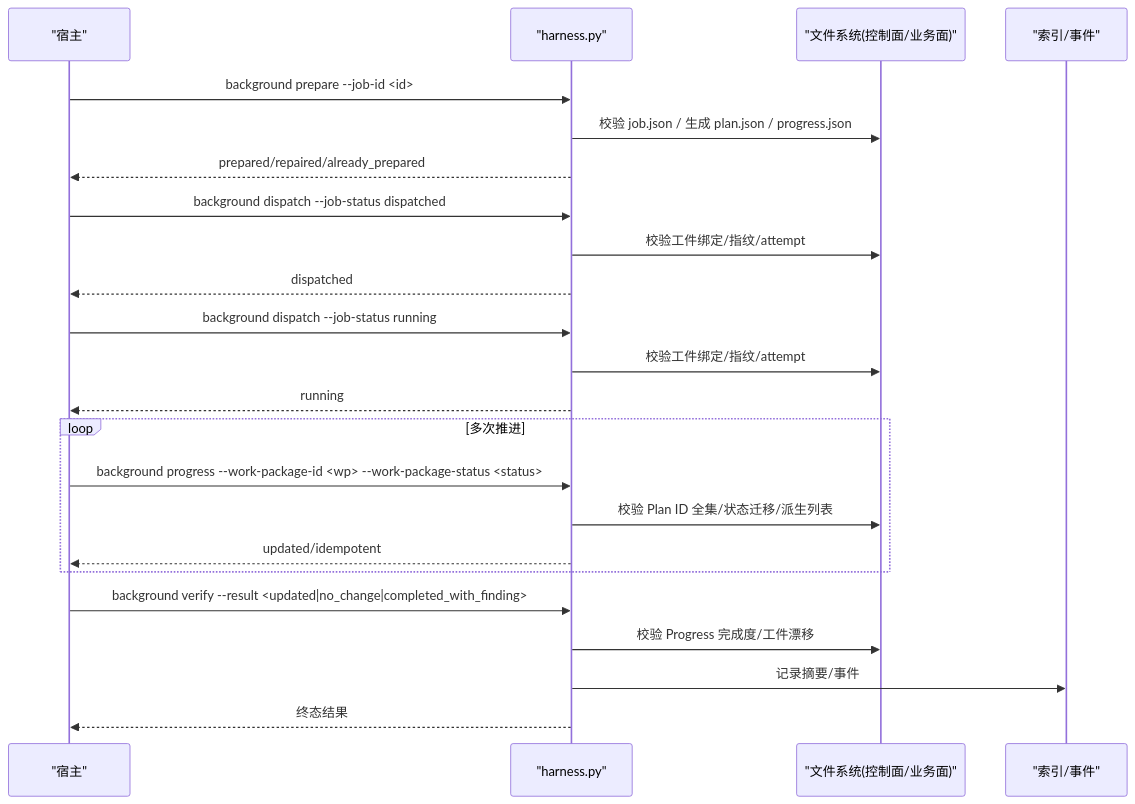
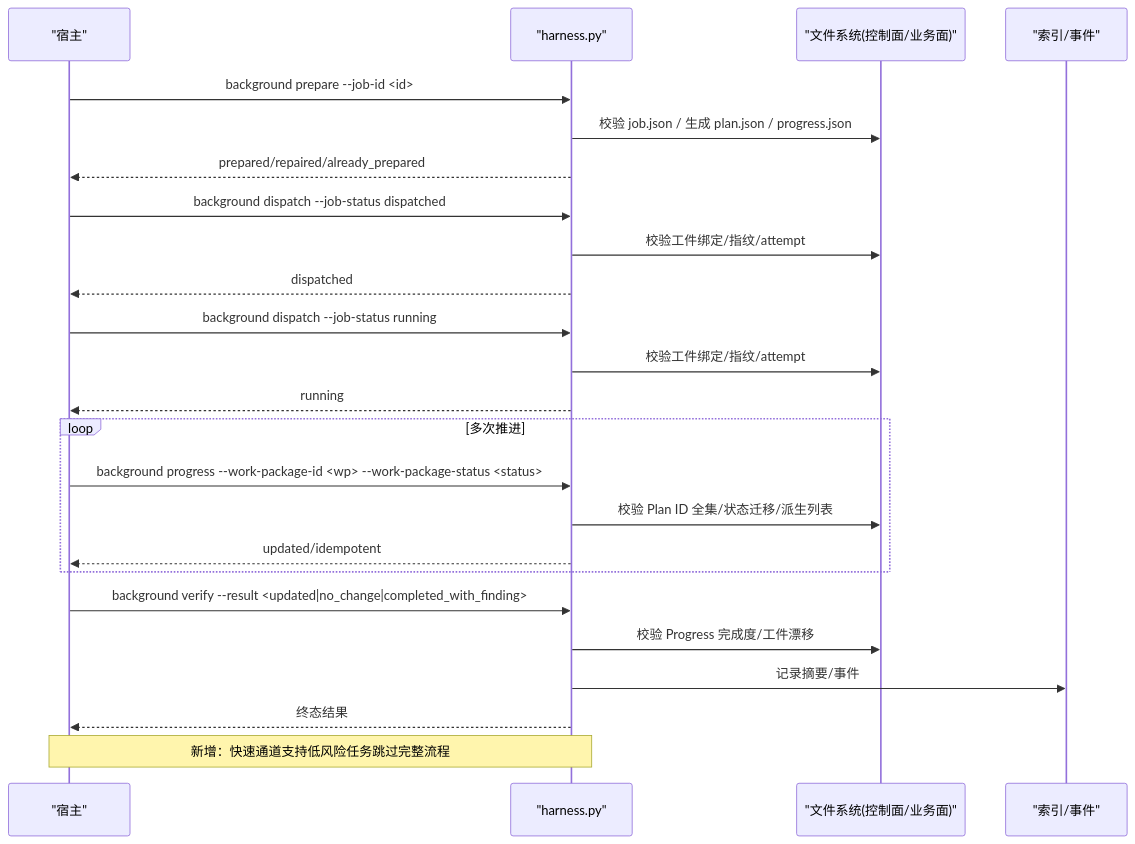
The second of 11 diagrams in .qoder/repowiki/zh/content/核心概念/后台任务模型/后台任务模型.md (HackSing/docs-harness), drawn with Mermaid before and after one commit. The commit also changed other lines of this file and 45 other files, not shown here.

First line of the commit message:
feat(harness): v1.7.6 按变更面选择验证强度、git_commit 受控意图与关键词 Gate 路由移除

````diff
--- a/.qoder/repowiki/zh/content/核心概念/后台任务模型/后台任务模型.md
+++ b/.qoder/repowiki/zh/content/核心概念/后台任务模型/后台任务模型.md
@@ -71,25 +81,26 @@
 ```mermaid
 sequenceDiagram
 participant Host as "宿主"
 participant CLI as "harness.py"
 participant FS as "文件系统(控制面/业务面)"
 participant Index as "索引/事件"
 Host->>CLI : background prepare --job-id <id>
 CLI->>FS : 校验 job.json / 生成 plan.json / progress.json
 CLI-->>Host : prepared/repaired/already_prepared
 Host->>CLI : background dispatch --job-status dispatched
 CLI->>FS : 校验工件绑定/指纹/attempt
 CLI-->>Host : dispatched
 Host->>CLI : background dispatch --job-status running
 CLI->>FS : 校验工件绑定/指纹/attempt
 CLI-->>Host : running
 loop 多次推进
 Host->>CLI : background progress --work-package-id <wp> --work-package-status <status>
 CLI->>FS : 校验 Plan ID 全集/状态迁移/派生列表
 CLI-->>Host : updated/idempotent
 end
 Host->>CLI : background verify --result <updated|no_change|completed_with_finding>
 CLI->>FS : 校验 Progress 完成度/工件漂移
 CLI->>Index : 记录摘要/事件
 CLI-->>Host : 终态结果
+Note over Host,CLI : 新增：快速通道支持低风险任务跳过完整流程
 ```
````
